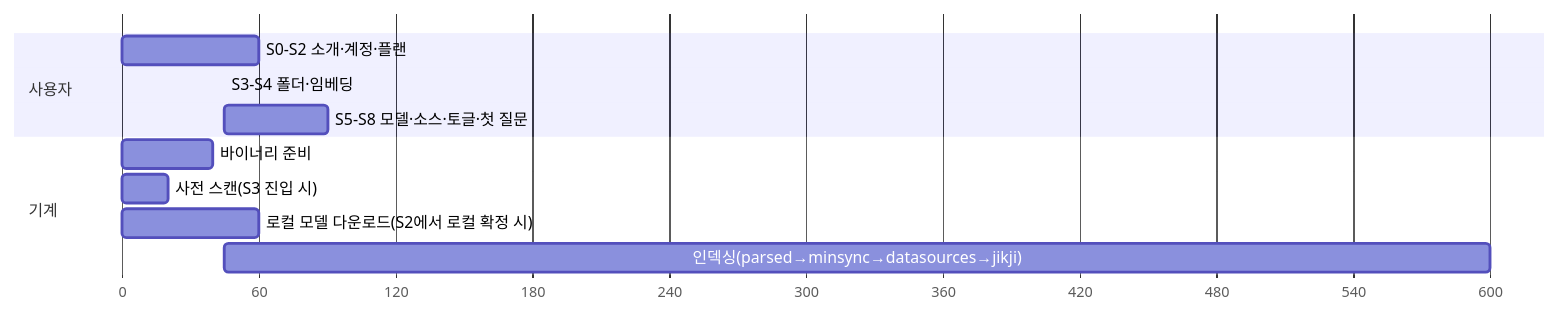
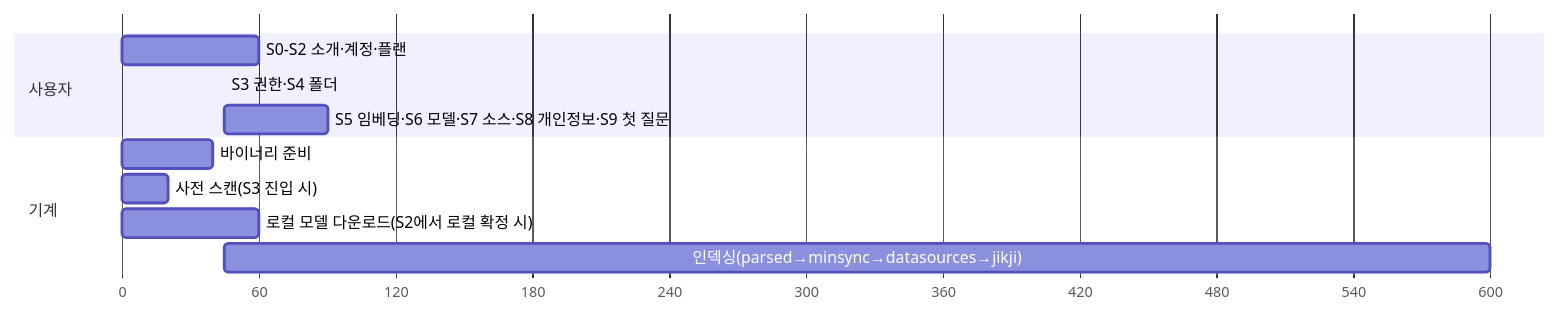
One commit to NomaDamas/AutoRAG-app changed the second of 2 diagrams in docs/onboarding-plan.md. Above: the diagram before and after it, drawn with Mermaid. The commit also changed other lines of this file and 2 other files, not shown here.

````diff
--- a/docs/onboarding-plan.md
+++ b/docs/onboarding-plan.md
@@ -174,14 +187,14 @@
 ```mermaid
 gantt
   dateFormat X
   axisFormat %s
   section 사용자
   S0-S2 소개·계정·플랜 :u1, 0, 60
-  S3-S4 폴더·임베딩 :u2, after u1, 45
-  S5-S8 모델·소스·토글·첫 질문 :u3, after u2, 90
+  S3 권한·S4 폴더 :u2, after u1, 45
+  S5 임베딩·S6 모델·S7 소스·S8 개인정보·S9 첫 질문 :u3, after u2, 90
   section 기계
   바이너리 준비 :m1, 0, 40
   사전 스캔(S3 진입 시) :m2, 60, 20
   로컬 모델 다운로드(S2에서 로컬 확정 시) :m3, 60, 60
   인덱싱(parsed→minsync→datasources→jikji) :m4, after u2, 600
 ```
````
